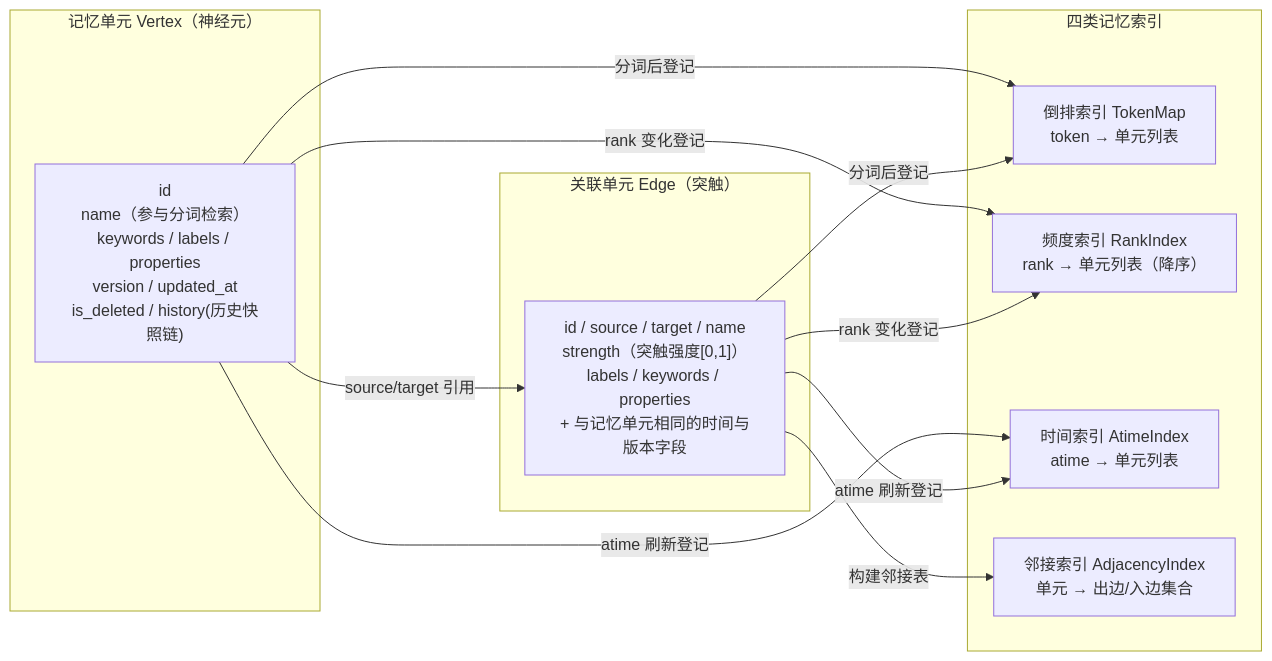
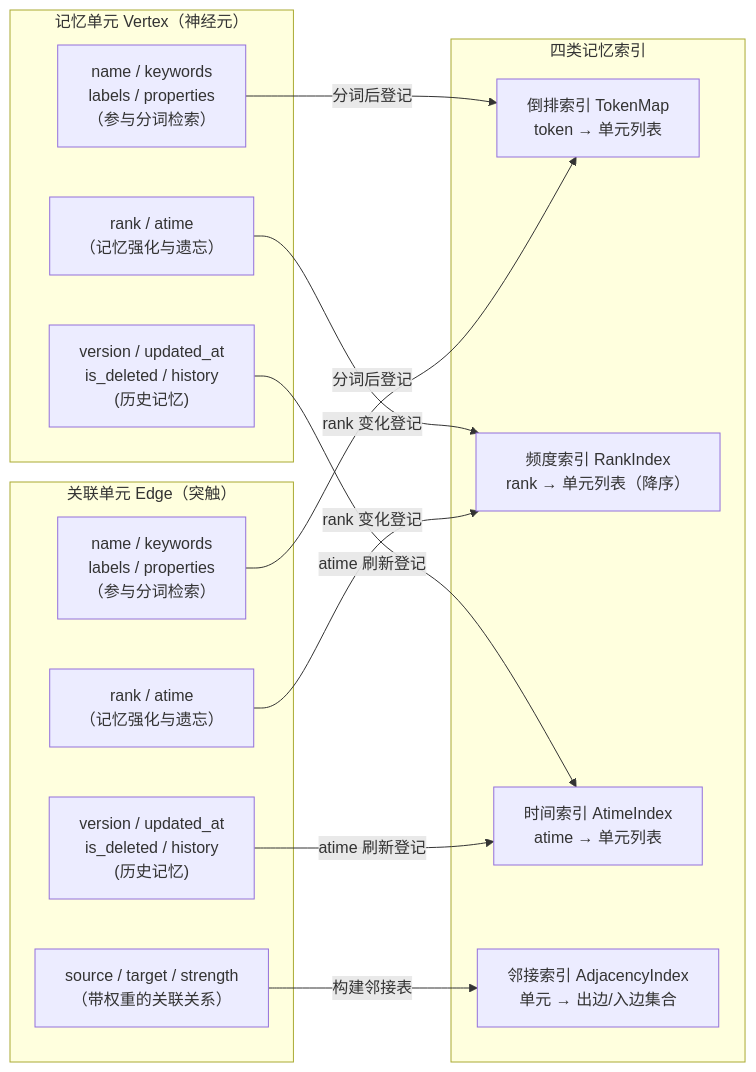
The second of 11 diagrams in .reasonix/patent/一种AI智能体仿生记忆装置和召回方法.md (agentic-data-ops/bionic-graph), drawn with Mermaid before and after one commit. The commit also changed other lines of this file, not shown here.

````diff
--- a/.reasonix/patent/一种AI智能体仿生记忆装置和召回方法.md
+++ b/.reasonix/patent/一种AI智能体仿生记忆装置和召回方法.md
@@ -185,23 +192,27 @@
 ```mermaid
 graph LR
-    subgraph D1["记忆单元 Vertex（神经元）"]
-        V["id<br/>name（参与分词检索）<br/>keywords / labels / properties<br/>version / updated_at<br/>is_deleted / history(历史快照链)"]
+    subgraph V["记忆单元 Vertex（神经元）"]
+        V1["name / keywords <br/> labels / properties <br/>（参与分词检索）"]
+        V2["rank / atime <br/>（记忆强化与遗忘）"]
+        V3["version / updated_at <br/> is_deleted / history<br>(历史记忆)"]
     end
-    subgraph D2["关联单元 Edge（突触）"]
-        E["id / source / target / name<br/>strength（突触强度[0,1]）<br/>labels / keywords / properties<br/>+ 与记忆单元相同的时间与版本字段"]
+    subgraph E["关联单元 Edge（突触）"]
+        E0["source / target / strength <br/>（带权重的关联关系）"]
+        E1["name / keywords <br/> labels / properties <br/>（参与分词检索）"]
+        E2["rank / atime <br/>（记忆强化与遗忘）"]
+        E3["version / updated_at <br/> is_deleted / history<br>(历史记忆)"]
     end
-    subgraph D3["四类记忆索引"]
+    subgraph I["四类记忆索引"]
         I1["倒排索引 TokenMap<br/>token → 单元列表"]
         I2["频度索引 RankIndex<br/>rank → 单元列表（降序）"]
         I3["时间索引 AtimeIndex<br/>atime → 单元列表"]
         I4["邻接索引 AdjacencyIndex<br/>单元 → 出边/入边集合"]
     end
-    V -- "source/target 引用" --> E
-    V -- "分词后登记" --> I1
-    E -- "分词后登记" --> I1
-    V -- "rank 变化登记" --> I2
-    E -- "rank 变化登记" --> I2
-    V -- "atime 刷新登记" --> I3
-    E -- "atime 刷新登记" --> I3
-    E -- "构建邻接表" --> I4
+    V1 -- "分词后登记" --> I1
+    E1 -- "分词后登记" --> I1
+    V2 -- "rank 变化登记" --> I2
+    E2 -- "rank 变化登记" --> I2
+    V3 -- "atime 刷新登记" --> I3
+    E3 -- "atime 刷新登记" --> I3
+    E0 -- "构建邻接表" --> I4
 ```
````
